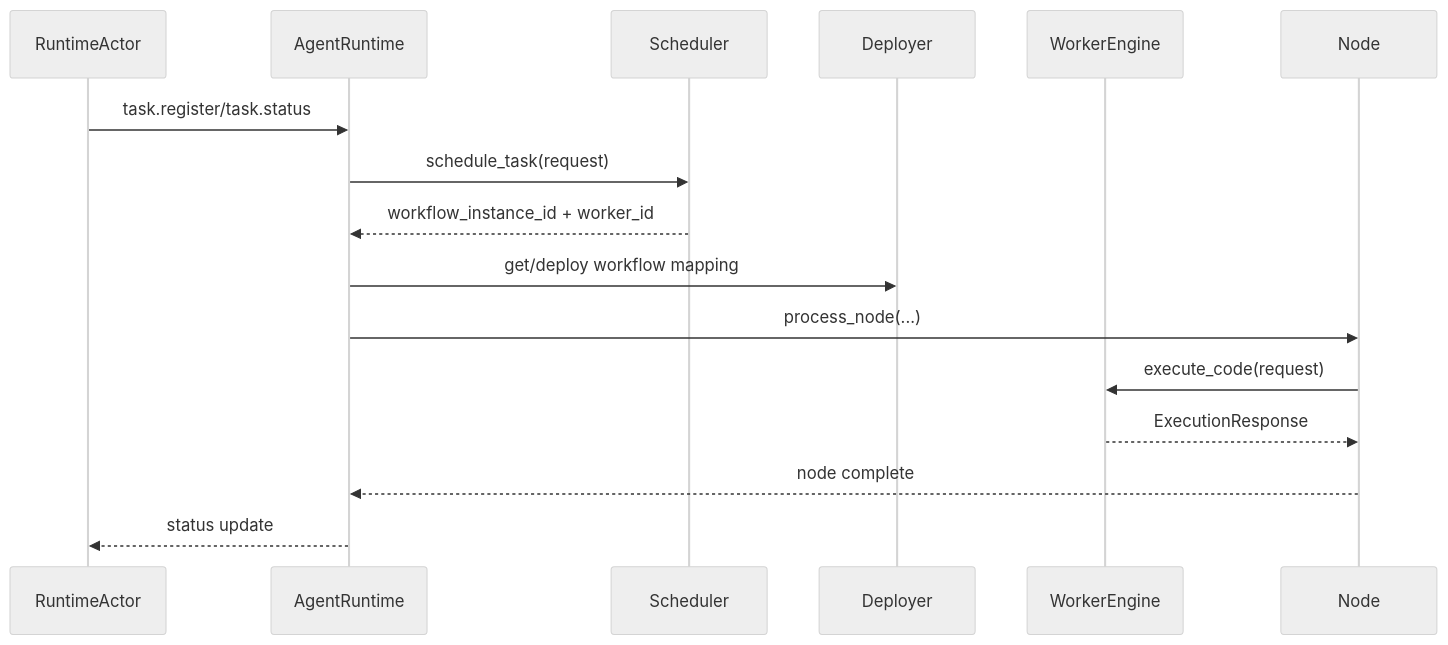
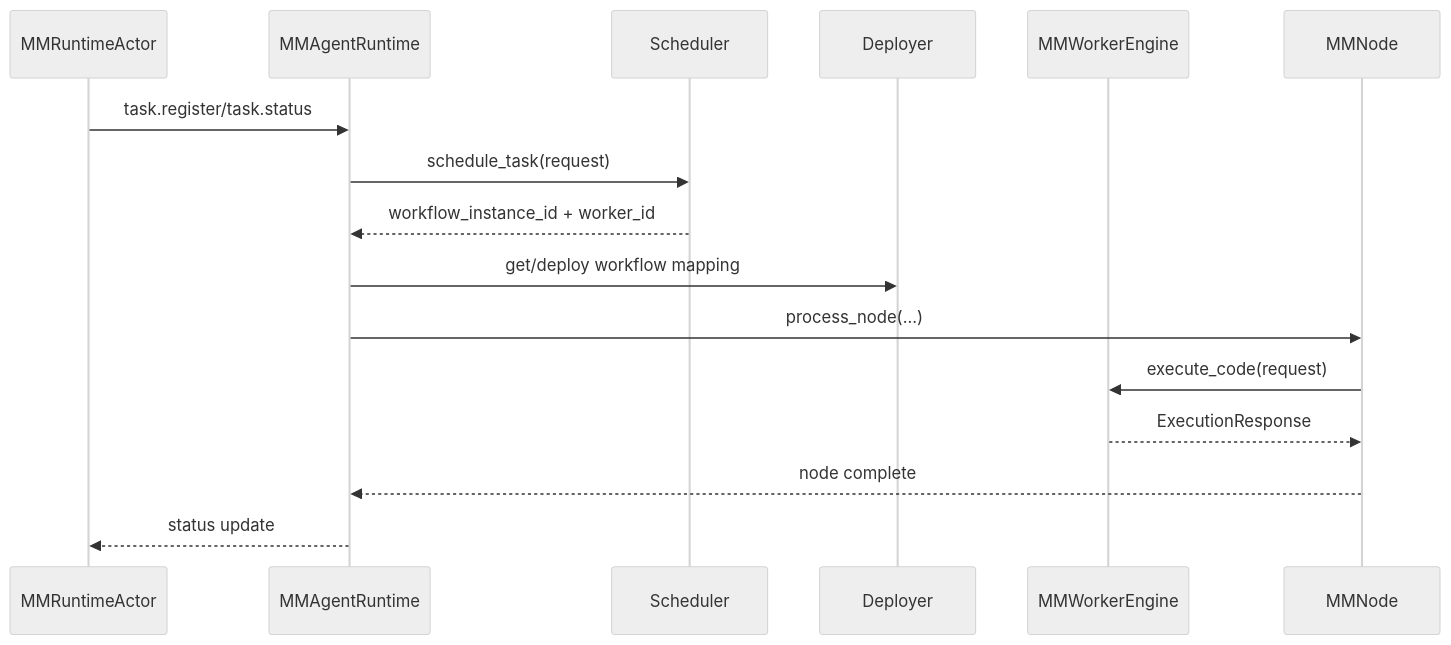
The third of 14 diagrams in docs/ARCHITECTURE.md (xyz11274/agentf), drawn with Mermaid (neutral theme) before and after one commit. The commit also changed other lines of this file and 106 other files, not shown here.

````diff
--- a/docs/ARCHITECTURE.md
+++ b/docs/ARCHITECTURE.md
@@ -118,19 +118,19 @@
 ```mermaid
 sequenceDiagram
-    participant RA as RuntimeActor
-    participant RT as AgentRuntime
+    participant RA as MMRuntimeActor
+    participant RT as MMAgentRuntime
     participant SCH as Scheduler
     participant DEP as Deployer
-    participant WE as WorkerEngine
-    participant N as Node
+    participant WE as MMWorkerEngine
+    participant N as MMNode
 
     RA->>RT: task.register/task.status
     RT->>SCH: schedule_task(request)
     SCH-->>RT: workflow_instance_id + worker_id
     RT->>DEP: get/deploy workflow mapping
     RT->>N: process_node(...)
     N->>WE: execute_code(request)
     WE-->>N: ExecutionResponse
     N-->>RT: node complete
     RT-->>RA: status update
 ```
````
